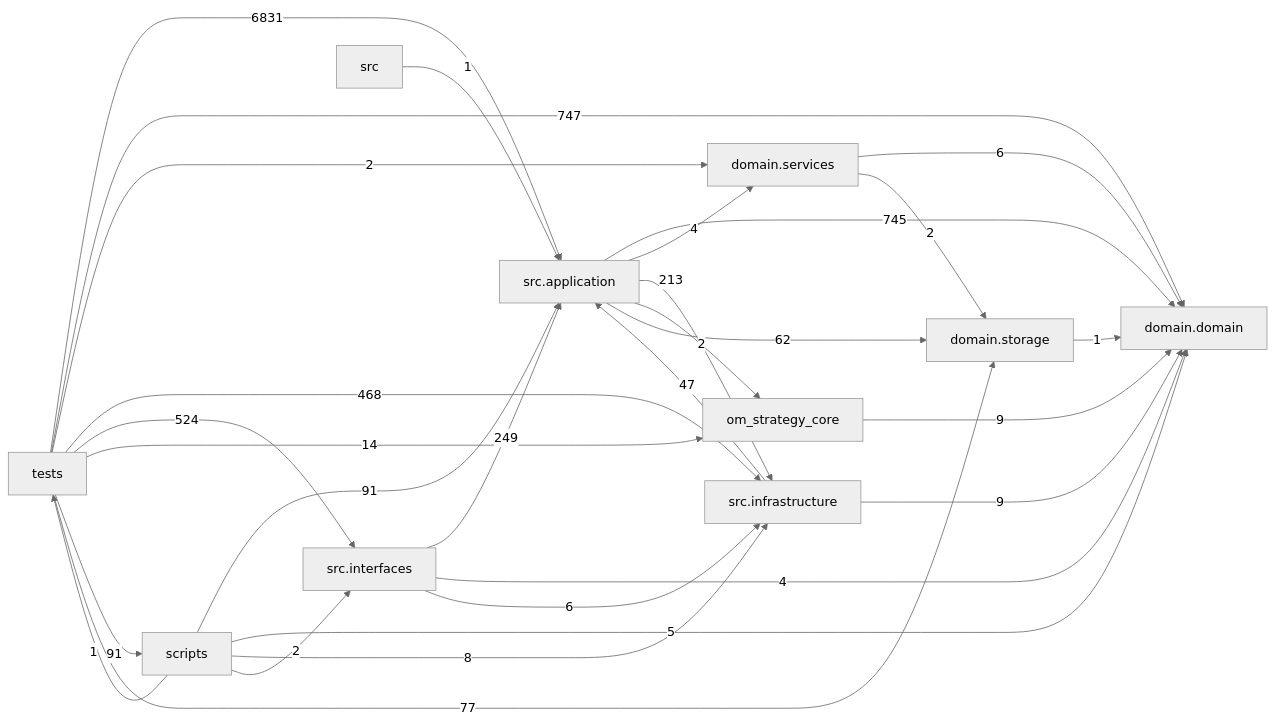
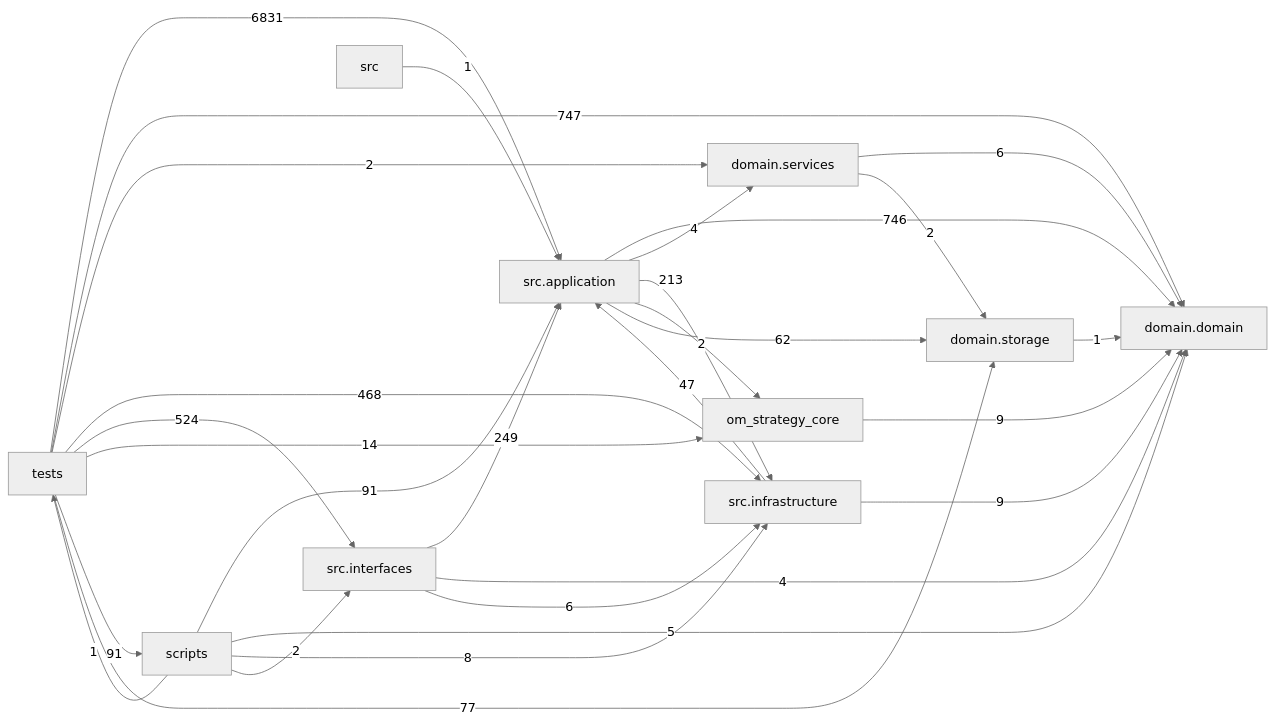
One commit to liuxie066/options-monitor changed the diagram in docs/DEPENDENCY_GRAPH.md. Above: the diagram before and after it, drawn with Mermaid (neutral theme). The commit also changed other lines of this file and 2 other files, not shown here.

Commit message:
refactor(agent-tools): reuse domain quote snapshot normalization (#1169)

````diff
--- a/docs/DEPENDENCY_GRAPH.md
+++ b/docs/DEPENDENCY_GRAPH.md
@@ -24,39 +24,39 @@
 ```mermaid
 flowchart LR
   tests["tests"]
   scripts["scripts"]
   interfaces["src.interfaces"]
   application["src.application"]
   infrastructure["src.infrastructure"]
   domain_services["domain.services"]
   domain["domain.domain"]
   storage["domain.storage"]
-  application -->|745| domain
+  application -->|746| domain
   application -->|4| domain_services
   application -->|213| infrastructure
   application -->|2| om_strategy_core
   application -->|62| storage
   domain_services -->|6| domain
   domain_services -->|2| storage
   infrastructure -->|47| application
   infrastructure -->|9| domain
   interfaces -->|249| application
   interfaces -->|4| domain
   interfaces -->|6| infrastructure
   om_strategy_core -->|9| domain
   scripts -->|91| application
   scripts -->|5| domain
   scripts -->|8| infrastructure
   scripts -->|2| interfaces
   scripts -->|1| tests
   src -->|1| application
   storage -->|1| domain
   tests -->|6831| application
   tests -->|747| domain
   tests -->|2| domain_services
   tests -->|468| infrastructure
   tests -->|524| interfaces
   tests -->|14| om_strategy_core
   tests -->|91| scripts
   tests -->|77| storage
 ```
````
